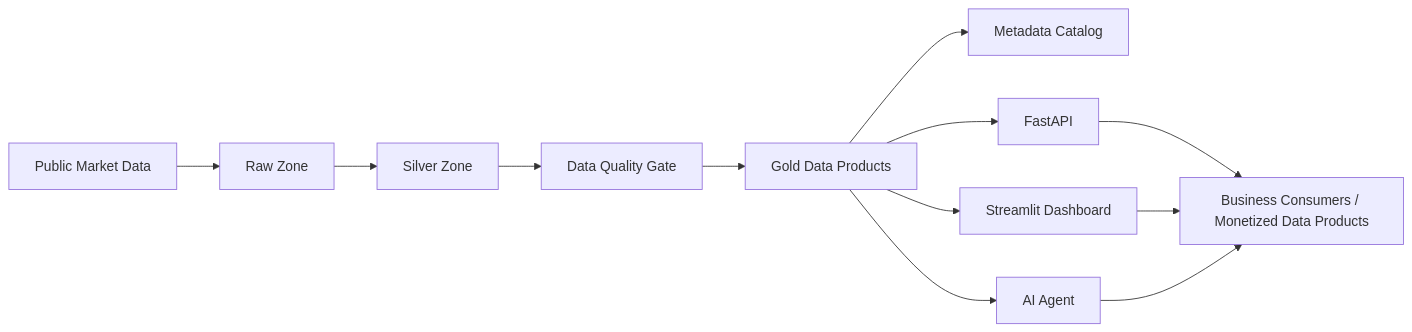
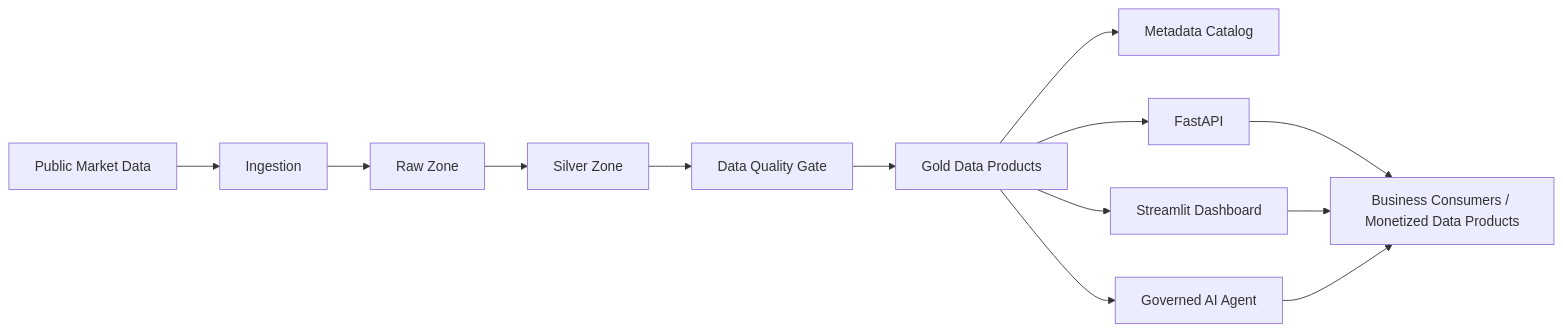
One commit to Yhodiux/bmv-market-intelligence-platform changed the diagram in docs/architecture/data_flow.md. Above: the diagram before and after it, drawn with Mermaid. The commit also changed other lines of this file and 23 other files, not shown here.

Commit message:
Add governed LLM market intelligence assistant

````diff
--- a/docs/architecture/data_flow.md
+++ b/docs/architecture/data_flow.md
@@ -13,14 +13,15 @@
 ```mermaid
 flowchart LR
-    Source[Public Market Data] --> Raw[Raw Zone]
+    Source[Public Market Data] --> Ingestion[Ingestion]
+    Ingestion --> Raw[Raw Zone]
     Raw --> Silver[Silver Zone]
     Silver --> Quality[Data Quality Gate]
     Quality --> Gold[Gold Data Products]
     Gold --> Metadata[Metadata Catalog]
     Gold --> API[FastAPI]
     Gold --> Dashboard[Streamlit Dashboard]
-    Gold --> Agent[AI Agent]
+    Gold --> Agent[Governed AI Agent]
     API --> Consumers[Business Consumers / Monetized Data Products]
     Dashboard --> Consumers
     Agent --> Consumers
 ```
````
